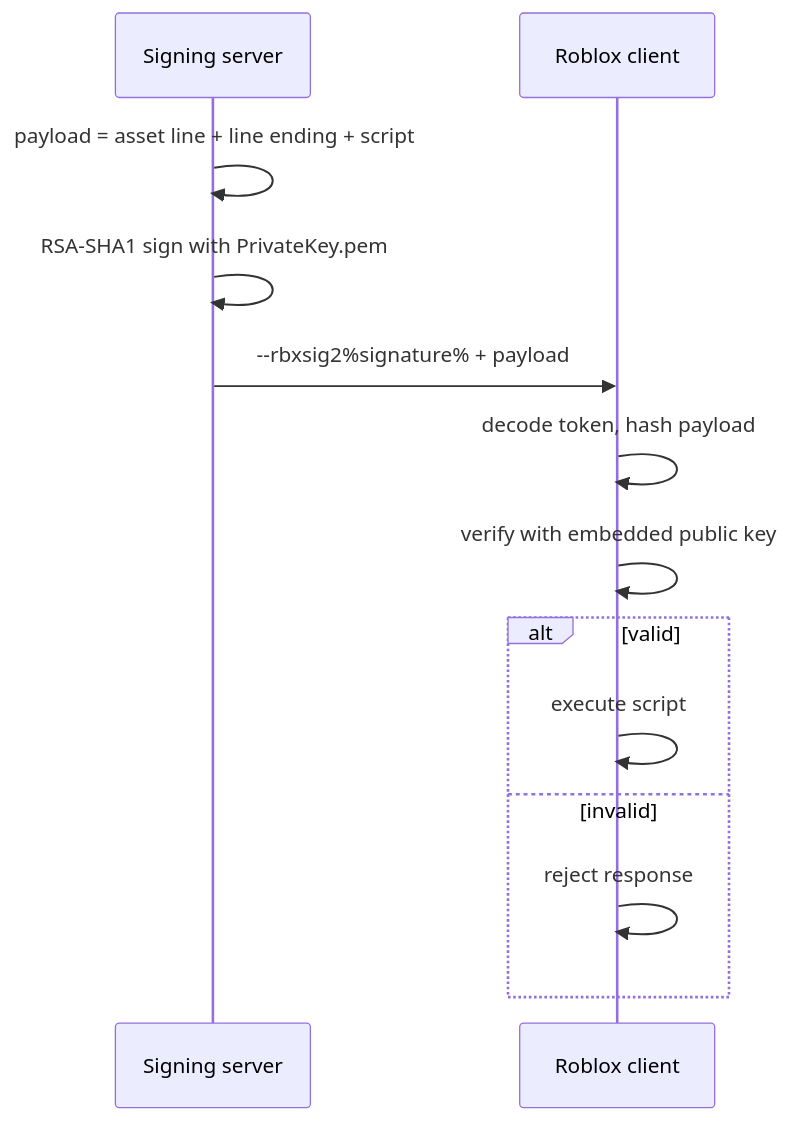
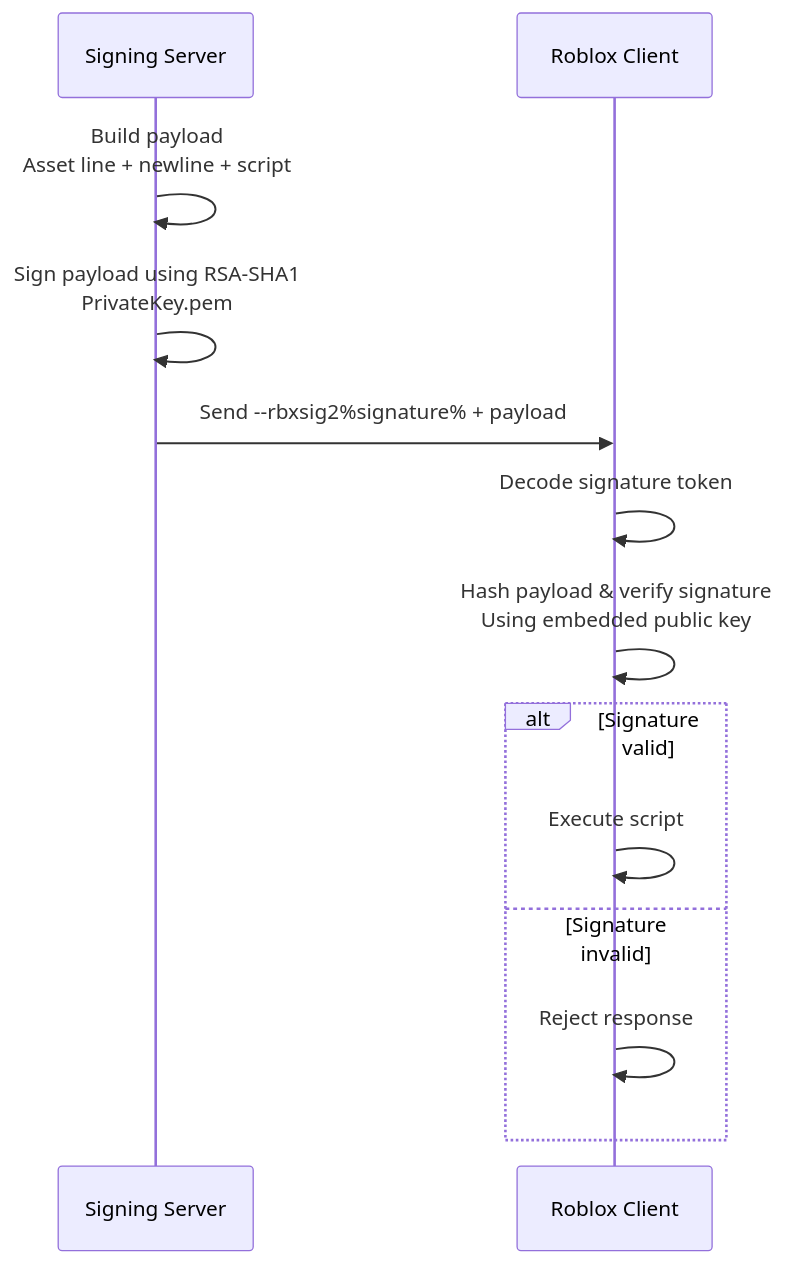
The diagram in README.md (uv1c/rbxsig-php), drawn with Mermaid before and after one commit.

Commit message:
Update diagram in README.md

````diff
--- a/README.md
+++ b/README.md
@@ -12,16 +12,20 @@
 ```mermaid
+
 sequenceDiagram
-    participant Server as Signing server
-    participant Client as Roblox client
+    participant S as Signing Server
+    participant C as Roblox Client
 
-    Server->>Server: payload = asset line + line ending + script
-    Server->>Server: RSA-SHA1 sign with PrivateKey.pem
-    Server->>Client: --rbxsig2%signature% + payload
-    Client->>Client: decode token, hash payload
-    Client->>Client: verify with embedded public key
-    alt valid
-        Client->>Client: execute script
-    else invalid
-        Client->>Client: reject response
+    S->>S: Build payload<br/>Asset line + newline + script
+    S->>S: Sign payload using RSA-SHA1<br/>PrivateKey.pem
+    S->>C: Send --rbxsig2%signature% + payload
+
+    C->>C: Decode signature token
+    C->>C: Hash payload & verify signature<br/>Using embedded public key
+
+    alt Signature valid
+        C->>C: Execute script
+    else Signature invalid
+        C->>C: Reject response
     end
+
 ```
````
